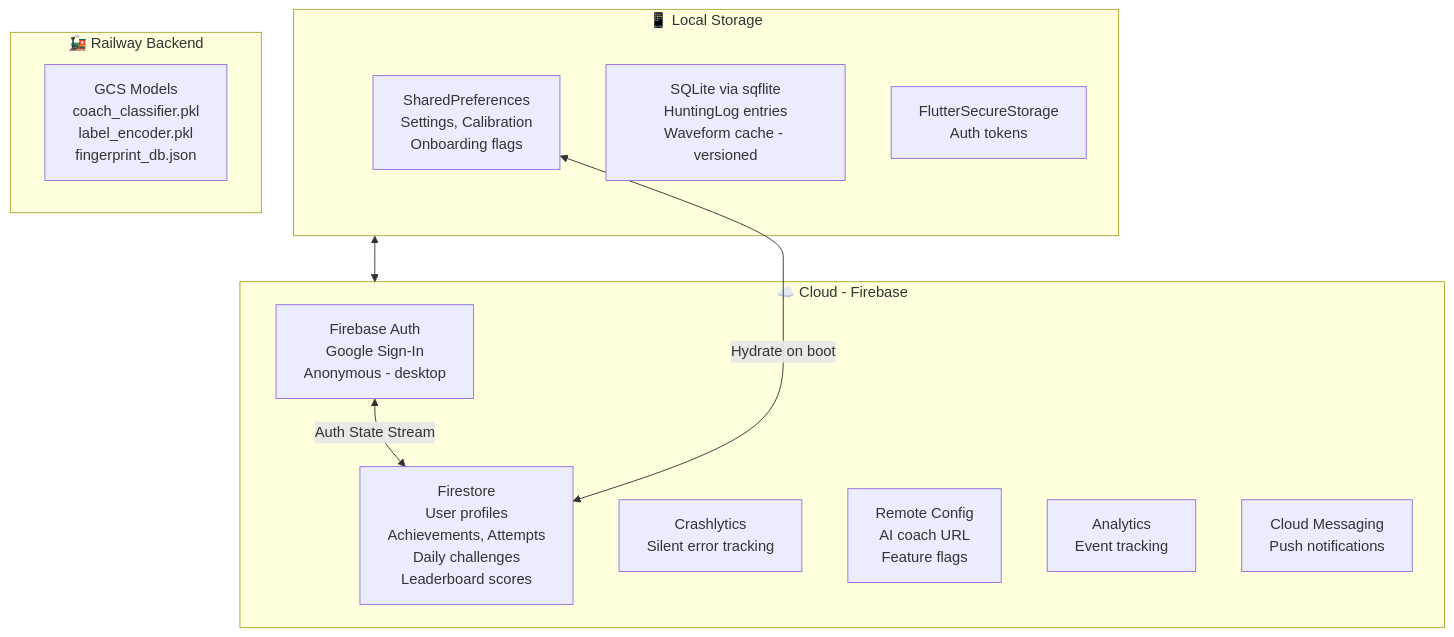
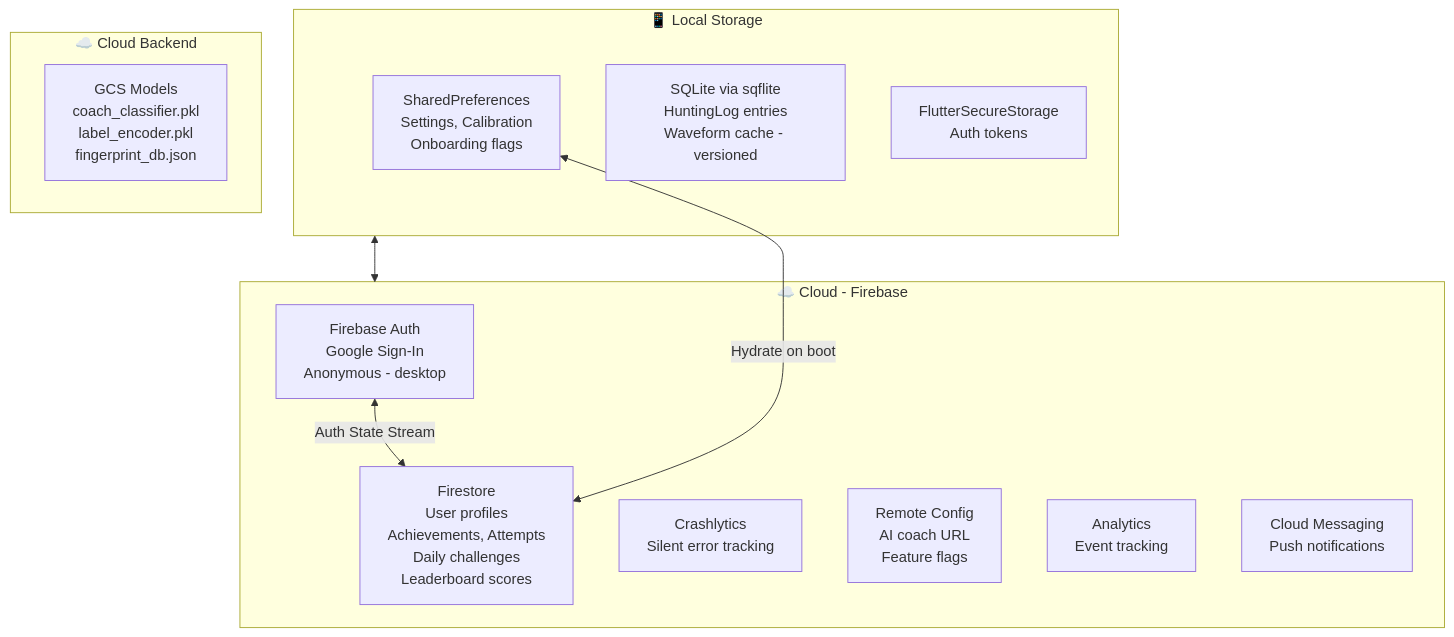
Before and after one commit to neo3151/Hunting_Call: the diagram in docs/diagrams/4_data_flow.mmd, drawn with Mermaid. The commit also changed 124 other files, not shown here.

```diff
--- a/docs/diagrams/4_data_flow.mmd
+++ b/docs/diagrams/4_data_flow.mmd
@@ -1,23 +1,23 @@
 flowchart TB
     subgraph LOCAL["📱 Local Storage"]
         SP["SharedPreferences<br/>Settings, Calibration<br/>Onboarding flags"]
         SQDB["SQLite via sqflite<br/>HuntingLog entries<br/>Waveform cache - versioned"]
         SEC["FlutterSecureStorage<br/>Auth tokens"]
     end
 
     subgraph CLOUD_DATA["☁️ Cloud - Firebase"]
         FA["Firebase Auth<br/>Google Sign-In<br/>Anonymous - desktop"]
         FS["Firestore<br/>User profiles<br/>Achievements, Attempts<br/>Daily challenges<br/>Leaderboard scores"]
         FC["Crashlytics<br/>Silent error tracking"]
         FRC["Remote Config<br/>AI coach URL<br/>Feature flags"]
         FAN["Analytics<br/>Event tracking"]
         FCM["Cloud Messaging<br/>Push notifications"]
     end
 
-    subgraph BACKEND_DATA["🚂 Railway Backend"]
+    subgraph BACKEND_DATA["☁️ Cloud Backend"]
         GCS_M["GCS Models<br/>coach_classifier.pkl<br/>label_encoder.pkl<br/>fingerprint_db.json"]
     end
 
     FA <-->|"Auth State Stream"| FS
     SP <-->|"Hydrate on boot"| FS
     LOCAL <--> CLOUD_DATA
```
